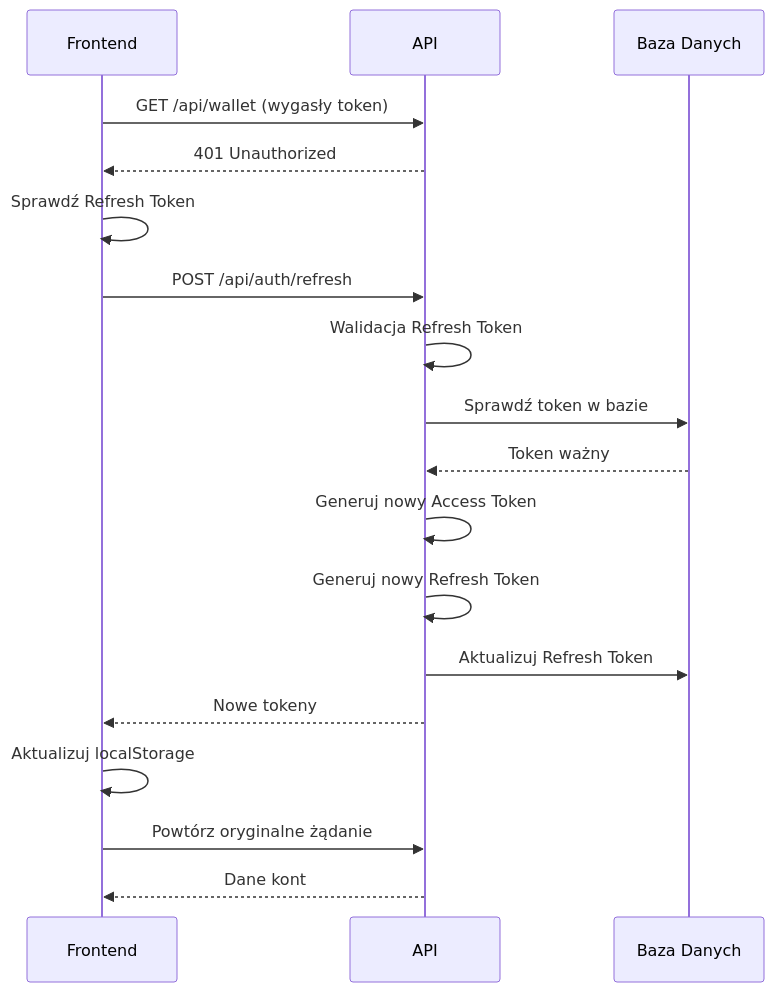
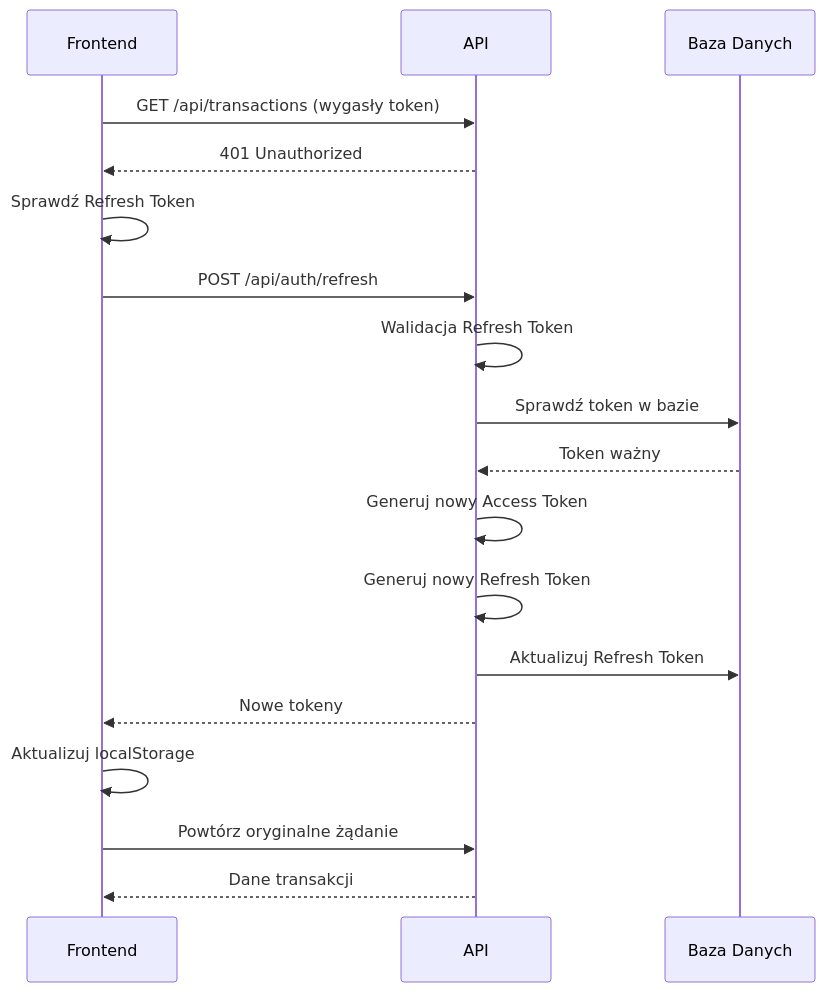
The eighth of 20 diagrams in docs/diagramy.md (WisMaja/MyMoney), drawn with Mermaid before and after one commit. The commit also changed other lines of this file and 10 other files, not shown here.

````diff
--- a/docs/diagramy.md
+++ b/docs/diagramy.md
@@ -241,24 +198,24 @@
 ```mermaid
 sequenceDiagram
     participant F as Frontend
     participant A as API
     participant DB as Baza Danych
     
-    F->>A: GET /api/wallet (wygasły token)
+    F->>A: GET /api/transactions (wygasły token)
     A-->>F: 401 Unauthorized
     
     F->>F: Sprawdź Refresh Token
     F->>A: POST /api/auth/refresh
     A->>A: Walidacja Refresh Token
     A->>DB: Sprawdź token w bazie
     DB-->>A: Token ważny
     
     A->>A: Generuj nowy Access Token
     A->>A: Generuj nowy Refresh Token
     A->>DB: Aktualizuj Refresh Token
     
     A-->>F: Nowe tokeny
     F->>F: Aktualizuj localStorage
     F->>A: Powtórz oryginalne żądanie
-    A-->>F: Dane kont
+    A-->>F: Dane transakcji
 ```
````
